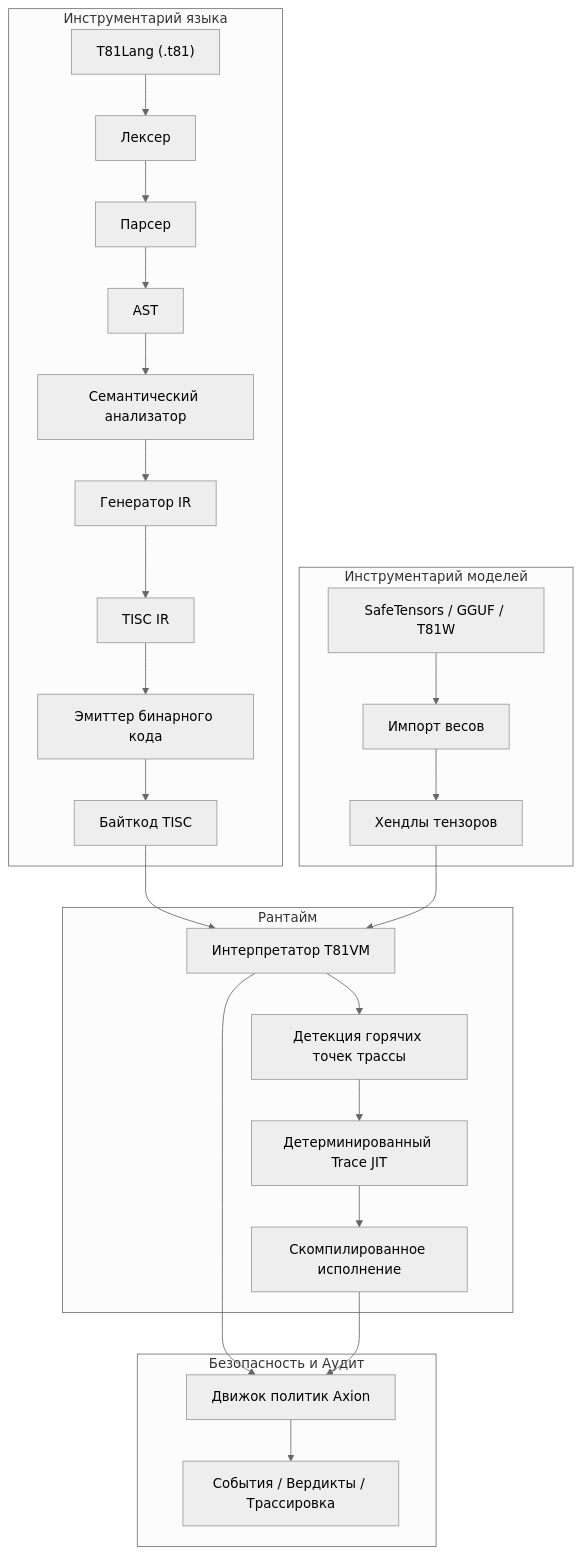
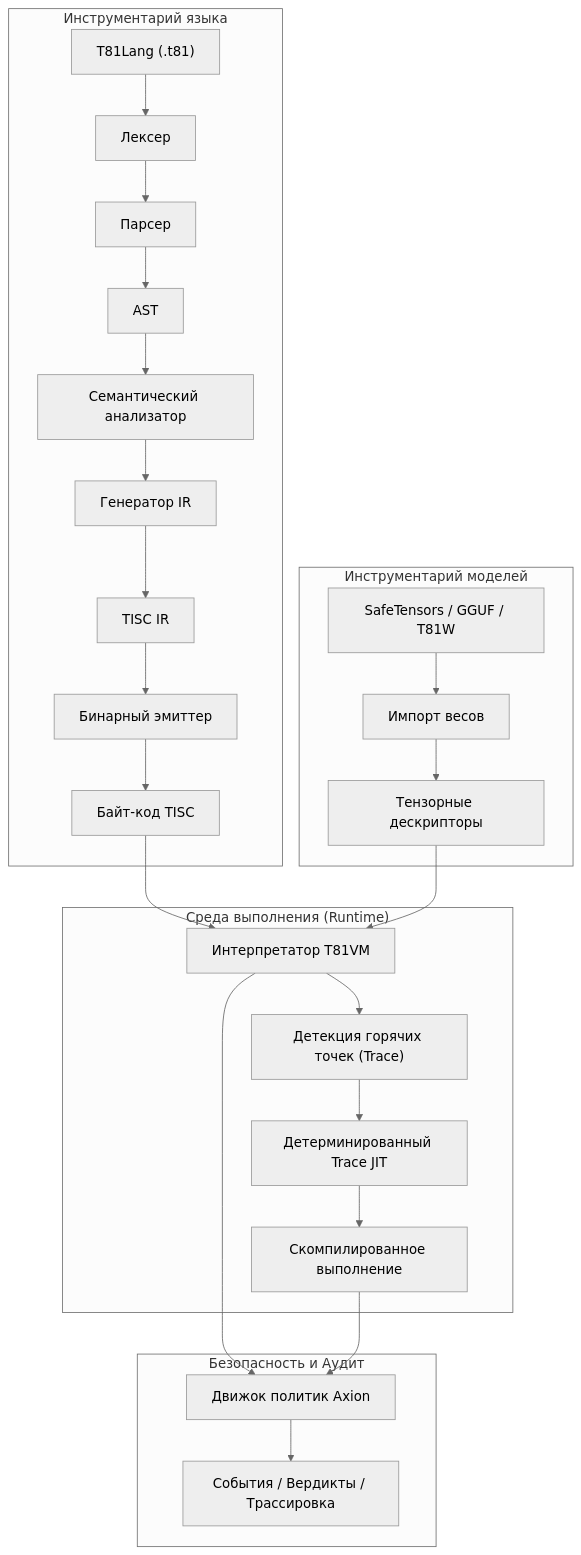
The diagram in README.ru.md (ryansctt1994-sudo/t81-foundation), drawn with Mermaid (neutral theme) before and after one commit. The commit also changed other lines of this file, not shown here.

````diff
--- a/README.ru.md
+++ b/README.ru.md
@@ -93,29 +67,30 @@
 ```mermaid
 graph TD
     subgraph "Инструментарий языка"
         A["T81Lang (.t81)"] --> B[Лексер]
         B --> C[Парсер]
         C --> D[AST]
         D --> E["Семантический анализатор"]
         E --> F["Генератор IR"]
         F --> G["TISC IR"]
-        G --> H["Эмиттер бинарного кода"]
-        H --> I["Байткод TISC"]
+        G --> H["Бинарный эмиттер"]
+        H --> I["Байт-код TISC"]
     end
-    subgraph "Рантайм"
+    subgraph "Среда выполнения (Runtime)"
         I --> J["Интерпретатор T81VM"]
-        J --> K["Детекция горячих точек трассы"]
+        J --> K["Детекция горячих точек (Trace)"]
         K --> L["Детерминированный Trace JIT"]
-        L --> M["Скомпилированное исполнение"]
+        L --> M["Скомпилированное выполнение"]
     end
     subgraph "Безопасность и Аудит"
         J --> N["Движок политик Axion"]
         M --> N
         N --> O["События / Вердикты / Трассировка"]
     end
     subgraph "Инструментарий моделей"
         P["SafeTensors / GGUF / T81W"] --> Q["Импорт весов"]
-        Q --> R["Хендлы тензоров"]
+        Q --> R["Тензорные дескрипторы"]
         R --> J
     end
+
 ```
````
